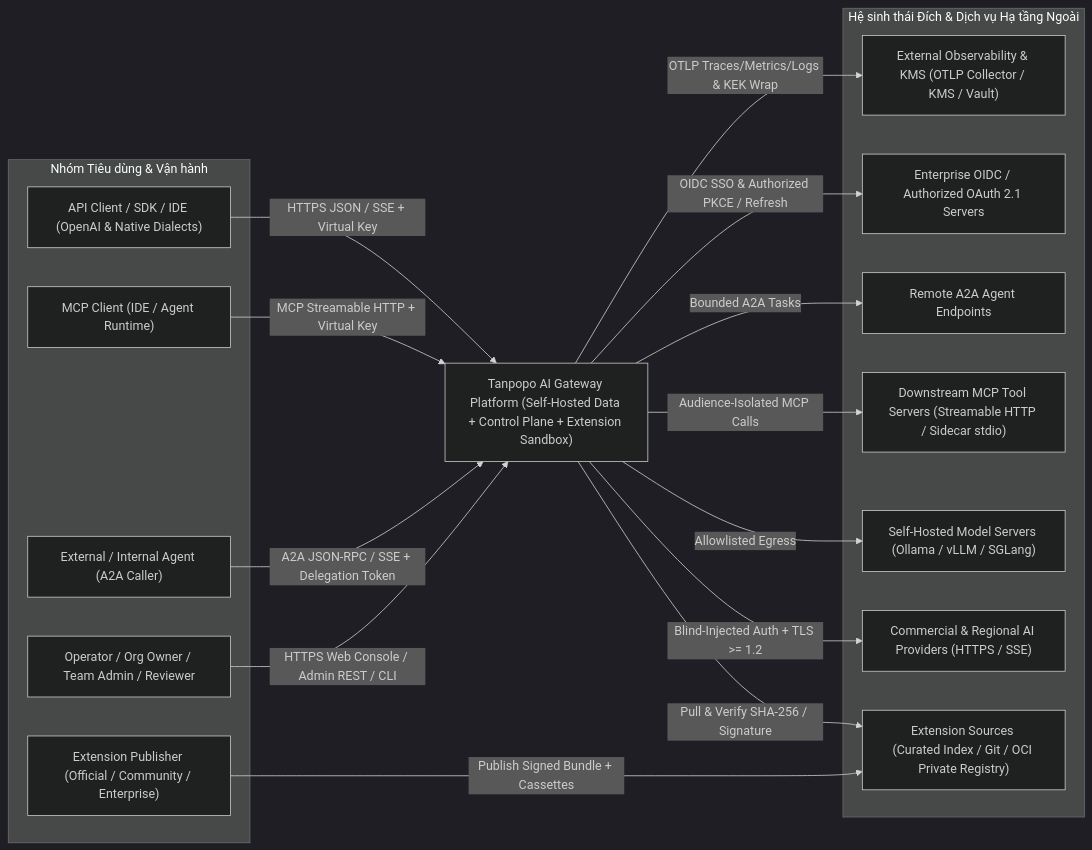
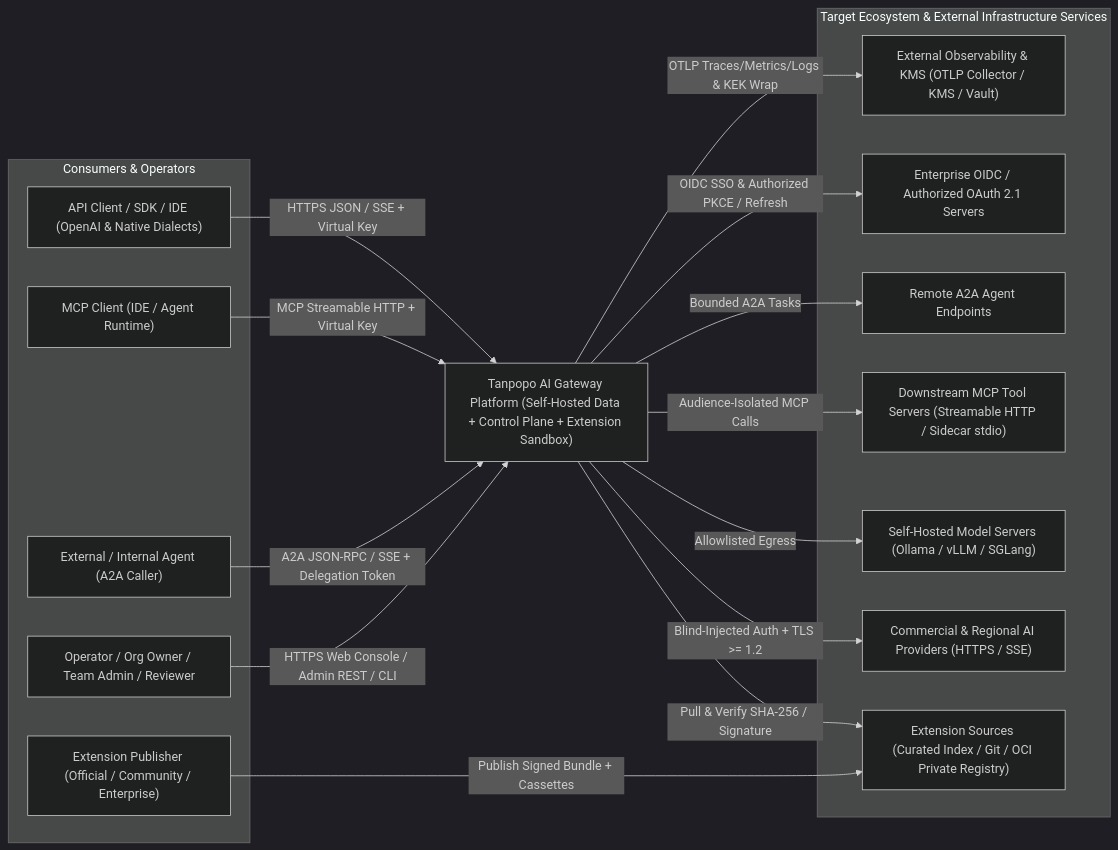
The first of 4 diagrams in docs/architecture/system-design.md (nguywnben/tanpopo), drawn with Mermaid (dark theme) before and after one commit. The commit also changed other lines of this file and 111 other files, not shown here.

````diff
--- a/docs/architecture/system-design.md
+++ b/docs/architecture/system-design.md
@@ -27,36 +27,36 @@
 ```mermaid
 flowchart LR
-    subgraph Consumers["Nhóm Tiêu dùng & Vận hành"]
+    subgraph Consumers["Consumers & Operators"]
         Client["API Client / SDK / IDE (OpenAI & Native Dialects)"]
         MCPCli["MCP Client (IDE / Agent Runtime)"]
         A2ACli["External / Internal Agent (A2A Caller)"]
         Admin["Operator / Org Owner / Team Admin / Reviewer"]
         Pub["Extension Publisher (Official / Community / Enterprise)"]
     end
 
     TP["Tanpopo AI Gateway Platform (Self-Hosted Data + Control Plane + Extension Sandbox)"]
 
-    subgraph Upstreams["Hệ sinh thái Đích & Dịch vụ Hạ tầng Ngoài"]
+    subgraph Upstreams["Target Ecosystem & External Infrastructure Services"]
         LLM["Commercial & Regional AI Providers (HTTPS / SSE)"]
         LocalGPU["Self-Hosted Model Servers (Ollama / vLLM / SGLang)"]
         MCPSrv["Downstream MCP Tool Servers (Streamable HTTP / Sidecar stdio)"]
         A2ASrv["Remote A2A Agent Endpoints"]
         IdP["Enterprise OIDC / Authorized OAuth 2.1 Servers"]
         Reg["Extension Sources (Curated Index / Git / OCI Private Registry)"]
         OTel["External Observability & KMS (OTLP Collector / KMS / Vault)"]
     end
 
     Client -->|"HTTPS JSON / SSE + Virtual Key"| TP
     MCPCli -->|"MCP Streamable HTTP + Virtual Key"| TP
     A2ACli -->|"A2A JSON-RPC / SSE + Delegation Token"| TP
     Admin -->|"HTTPS Web Console / Admin REST / CLI"| TP
     Pub -->|"Publish Signed Bundle + Cassettes"| Reg
 
     TP -->|"Pull & Verify SHA-256 / Signature"| Reg
     TP -->|"Blind-Injected Auth + TLS >= 1.2"| LLM
     TP -->|"Allowlisted Egress"| LocalGPU
     TP -->|"Audience-Isolated MCP Calls"| MCPSrv
     TP -->|"Bounded A2A Tasks"| A2ASrv
     TP -->|"OIDC SSO & Authorized PKCE / Refresh"| IdP
     TP -->|"OTLP Traces/Metrics/Logs & KEK Wrap"| OTel
 ```
````
